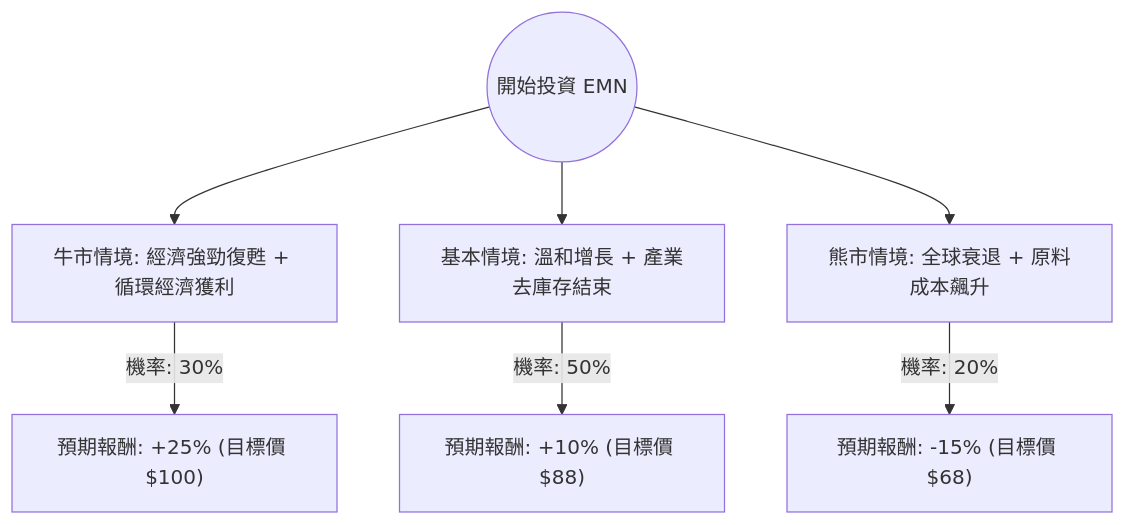
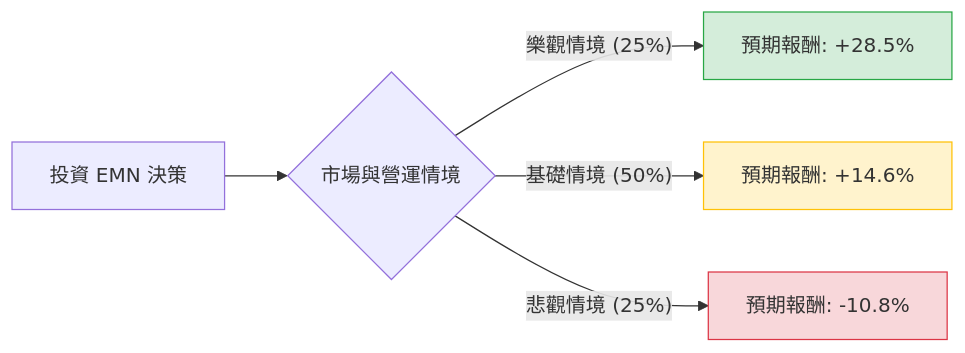
One commit to zmcx16/zmcx16.github.io changed the diagram in plugin-react/ai-analysis/ev-analysis/EMN.md. Above: the diagram before and after it, drawn with Mermaid. The commit also changed other lines of this file and 75 other files, not shown here.

````diff
--- a/plugin-react/ai-analysis/ev-analysis/EMN.md
+++ b/plugin-react/ai-analysis/ev-analysis/EMN.md
@@ -20,10 +19,12 @@
 ```mermaid
-graph TD
-    Start((開始投資 EMN)) --> Bull[牛市情境: 經濟強勁復甦 + 循環經濟獲利]
-    Start --> Base[基本情境: 溫和增長 + 產業去庫存結束]
-    Start --> Bear[熊市情境: 全球衰退 + 原料成本飆升]
+graph LR
+    A[投資 EMN 決策] --> B{市場與營運情境}
+    
+    B -- 樂觀情境 (25%) --> C[預期報酬: +28.5%]
+    B -- 基礎情境 (50%) --> D[預期報酬: +14.6%]
+    B -- 悲觀情境 (25%) --> E[預期報酬: -10.8%]
 
-    Bull -- "機率: 30%" --> BullVal["預期報酬: +25% (目標價 $100)"]
-    Base -- "機率: 50%" --> BaseVal["預期報酬: +10% (目標價 $88)"]
-    Bear -- "機率: 20%" --> BearVal["預期報酬: -15% (目標價 $68)"]
+    style C fill:#d4edda,stroke:#28a745
+    style D fill:#fff3cd,stroke:#ffc107
+    style E fill:#f8d7da,stroke:#dc3545
 ```
````
